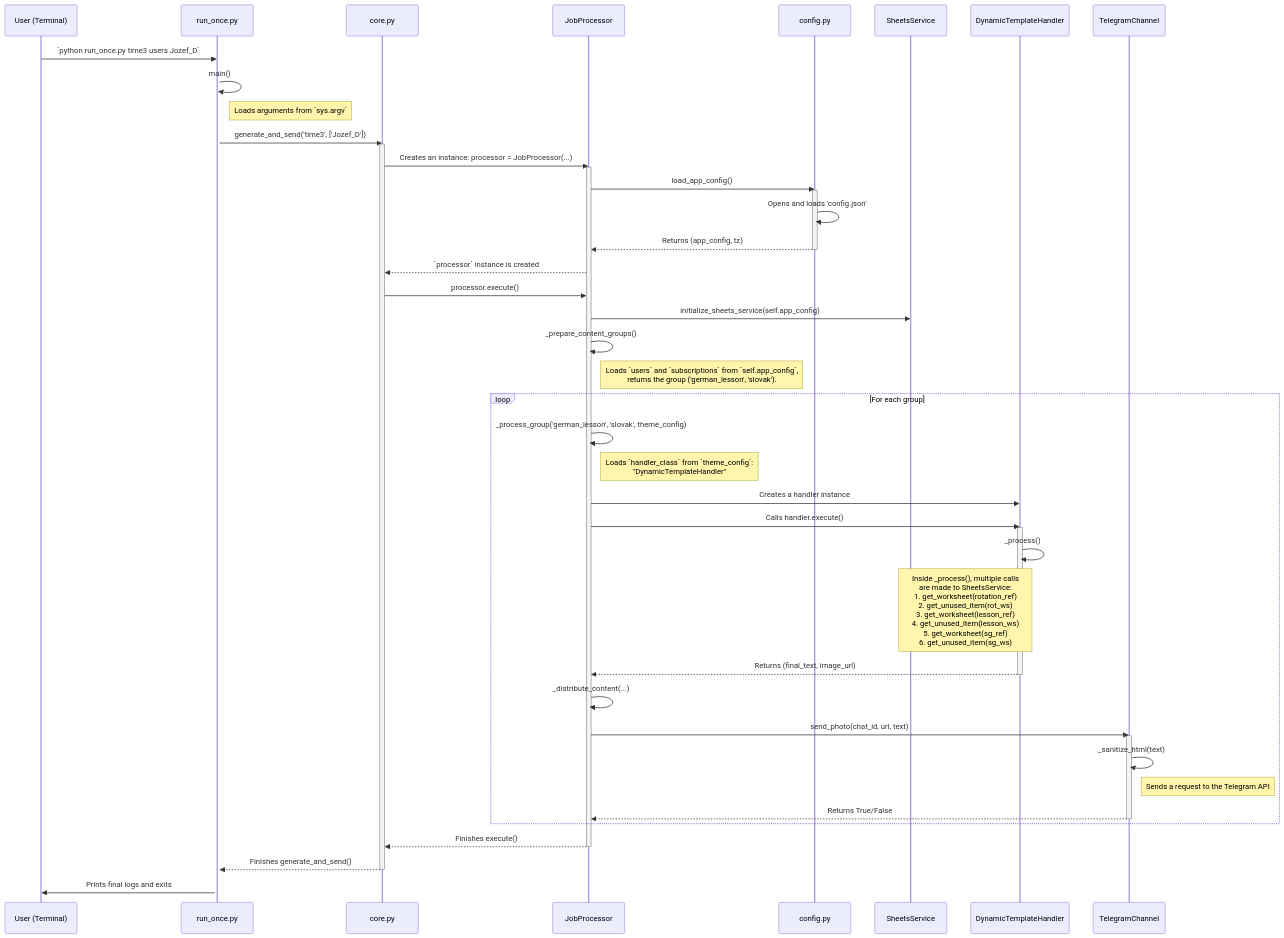
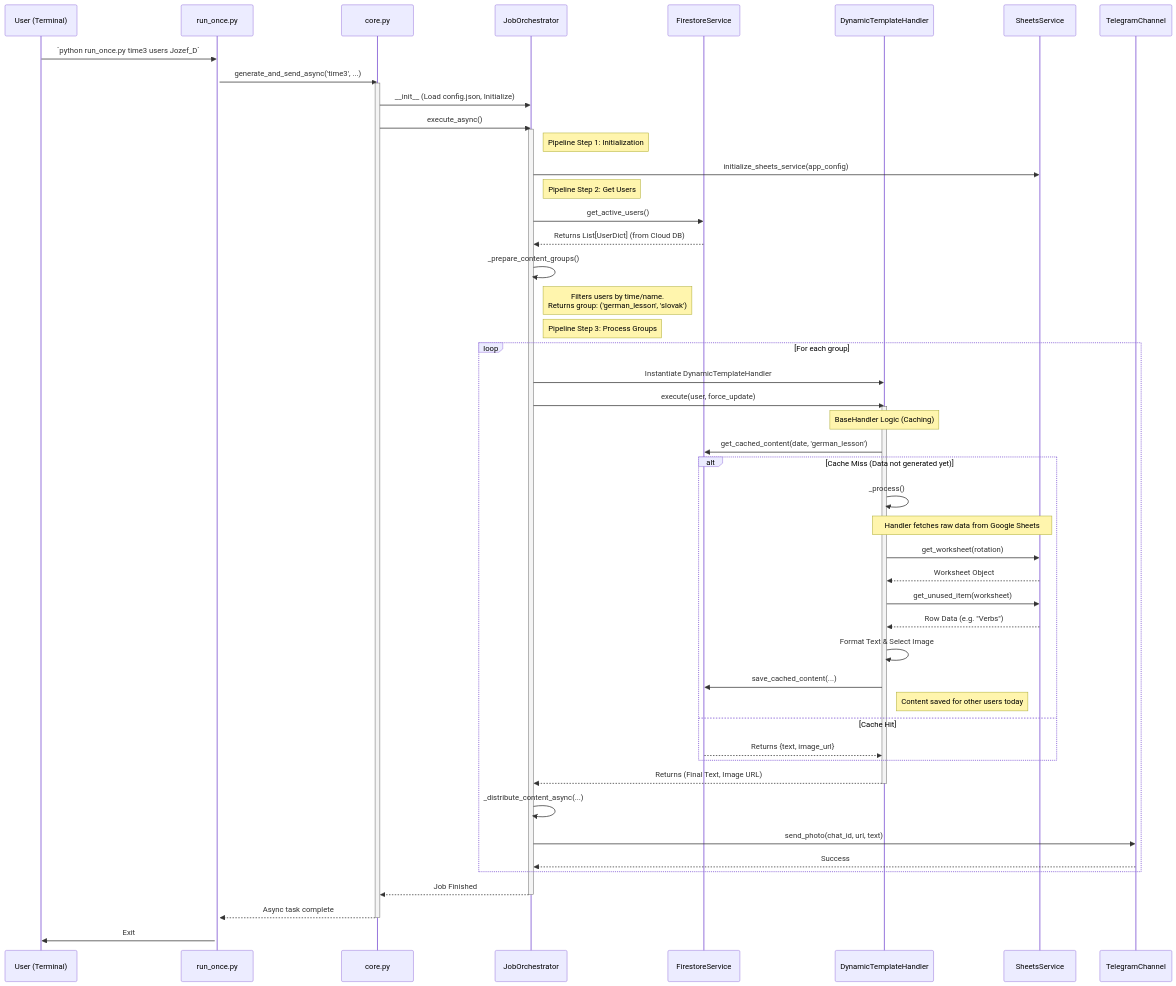
The diagram in docs/how_to/for_programmers/01_run_once_flow.md (OpenXFlow/PulserBot), drawn with Mermaid before and after one commit. The commit also changed other lines of this file and 105 other files, not shown here.

First line of the commit message:
docs: update architecture to v3.0 (Hybrid) and add redirect hub

````diff
--- a/docs/how_to/for_programmers/01_run_once_flow.md
+++ b/docs/how_to/for_programmers/01_run_once_flow.md
@@ -5,71 +12,73 @@
 ```mermaid
 sequenceDiagram
     participant CLI as User (Terminal)
-    participant run_once.py
-    participant core.py
-    participant JobProcessor
-    participant config.py
-    participant SheetsService
-    participant DynamicTemplateHandler
-    participant TelegramChannel
+    participant Runner as run_once.py
+    participant Core as core.py
+    participant Orchestrator as JobOrchestrator
+    participant Firestore as FirestoreService
+    participant Handler as DynamicTemplateHandler
+    participant Sheets as SheetsService
+    participant Telegram as TelegramChannel
 
-    CLI->>run_once.py: `python run_once.py time3 users Jozef_D`
+    CLI->>Runner: `python run_once.py time3 users Jozef_D`
     
-    activate run_once.py
-    run_once.py->>run_once.py: main()
-    Note right of run_once.py: Loads arguments from `sys.argv`
-    run_once.py->>core.py: generate_and_send('time3', ['Jozef_D'])
+    activate Runner
+    Runner->>Core: generate_and_send_async('time3', ...)
     
-    activate core.py
-    core.py->>JobProcessor: Creates an instance: processor = JobProcessor(...)
+    activate Core
+    Core->>Orchestrator: __init__ (Load config.json, Initialize)
+    Core->>Orchestrator: execute_async()
     
-    activate JobProcessor
-    JobProcessor->>config.py: load_app_config()
+    activate Orchestrator
+    Note right of Orchestrator: Pipeline Step 1: Initialization
+    Orchestrator->>Sheets: initialize_sheets_service(app_config)
     
-    activate config.py
-    config.py->>config.py: Opens and loads 'config.json'
-    config.py-->>JobProcessor: Returns (app_config, tz)
-    deactivate config.py
+    Note right of Orchestrator: Pipeline Step 2: Get Users
+    Orchestrator->>Firestore: get_active_users()
+    Firestore-->>Orchestrator: Returns List[UserDict] (from Cloud DB)
     
-    JobProcessor-->>core.py: `processor` instance is created
-    
-    core.py->>JobProcessor: processor.execute()
-    
-    JobProcessor->>SheetsService: initialize_sheets_service(self.app_config)
-    
-    JobProcessor->>JobProcessor: _prepare_content_groups()
-    Note right of JobProcessor: Loads `users` and `subscriptions` from `self.app_config`,<br>returns the group ('german_lesson', 'slovak').
+    Orchestrator->>Orchestrator: _prepare_content_groups()
+    Note right of Orchestrator: Filters users by time/name.<br>Returns group: ('german_lesson', 'slovak')
 
+    Note right of Orchestrator: Pipeline Step 3: Process Groups
     loop For each group
-        JobProcessor->>JobProcessor: _process_group('german_lesson', 'slovak', theme_config)
-        Note right of JobProcessor: Loads `handler_class` from `theme_config`:<br>"DynamicTemplateHandler"
+        Orchestrator->>Handler: Instantiate DynamicTemplateHandler
+        Orchestrator->>Handler: execute(user, force_update)
         
-        JobProcessor->>DynamicTemplateHandler: Creates a handler instance
-        JobProcessor->>DynamicTemplateHandler: Calls handler.execute()
+        activate Handler
+        Note over Handler: BaseHandler Logic (Caching)
+        Handler->>Firestore: get_cached_content(date, 'german_lesson')
         
-        activate DynamicTemplateHandler
-        DynamicTemplateHandler->>DynamicTemplateHandler: _process()
+        alt Cache Miss (Data not generated yet)
+            Handler->>Handler: _process()
+            
+            Note over Handler, Sheets: Handler fetches raw data from Google Sheets
+            Handler->>Sheets: get_worksheet(rotation)
+            Sheets-->>Handler: Worksheet Object
+            Handler->>Sheets: get_unused_item(worksheet)
+            Sheets-->>Handler: Row Data (e.g. "Verbs")
+            
+            Handler->>Handler: Format Text & Select Image
+            
+            Handler->>Firestore: save_cached_content(...)
+            Note right of Handler: Content saved for other users today
+        else Cache Hit
+             Firestore-->>Handler: Returns {text, image_url}
+        end
         
-        Note over DynamicTemplateHandler, SheetsService: Inside _process(), multiple calls<br>are made to SheetsService:<br>1. get_worksheet(rotation_ref)<br>2. get_unused_item(rot_ws)<br>3. get_worksheet(lesson_ref)<br>4. get_unused_item(lesson_ws)<br>5. get_worksheet(sg_ref)<br>6. get_unused_item(sg_ws)
+        Handler-->>Orchestrator: Returns (Final Text, Image URL)
+        deactivate Handler
         
-        DynamicTemplateHandler-->>JobProcessor: Returns (final_text, image_url)
-        deactivate DynamicTemplateHandler
-        
-        JobProcessor->>JobProcessor: _distribute_content(...)
-        JobProcessor->>TelegramChannel: send_photo(chat_id, url, text)
-        
-        activate TelegramChannel
-        TelegramChannel->>TelegramChannel: _sanitize_html(text)
-        Note right of TelegramChannel: Sends a request to the Telegram API
-        TelegramChannel-->>JobProcessor: Returns True/False
-        deactivate TelegramChannel
+        Orchestrator->>Orchestrator: _distribute_content_async(...)
+        Orchestrator->>Telegram: send_photo(chat_id, url, text)
+        Telegram-->>Orchestrator: Success
     end
 
-    JobProcessor-->>core.py: Finishes execute()
-    deactivate JobProcessor
+    Orchestrator-->>Core: Job Finished
+    deactivate Orchestrator
     
-    core.py-->>run_once.py: Finishes generate_and_send()
-    deactivate core.py
+    Core-->>Runner: Async task complete
+    deactivate Core
     
-    run_once.py->>CLI: Prints final logs and exits
+    Runner->>CLI: Exit
 ```
````
